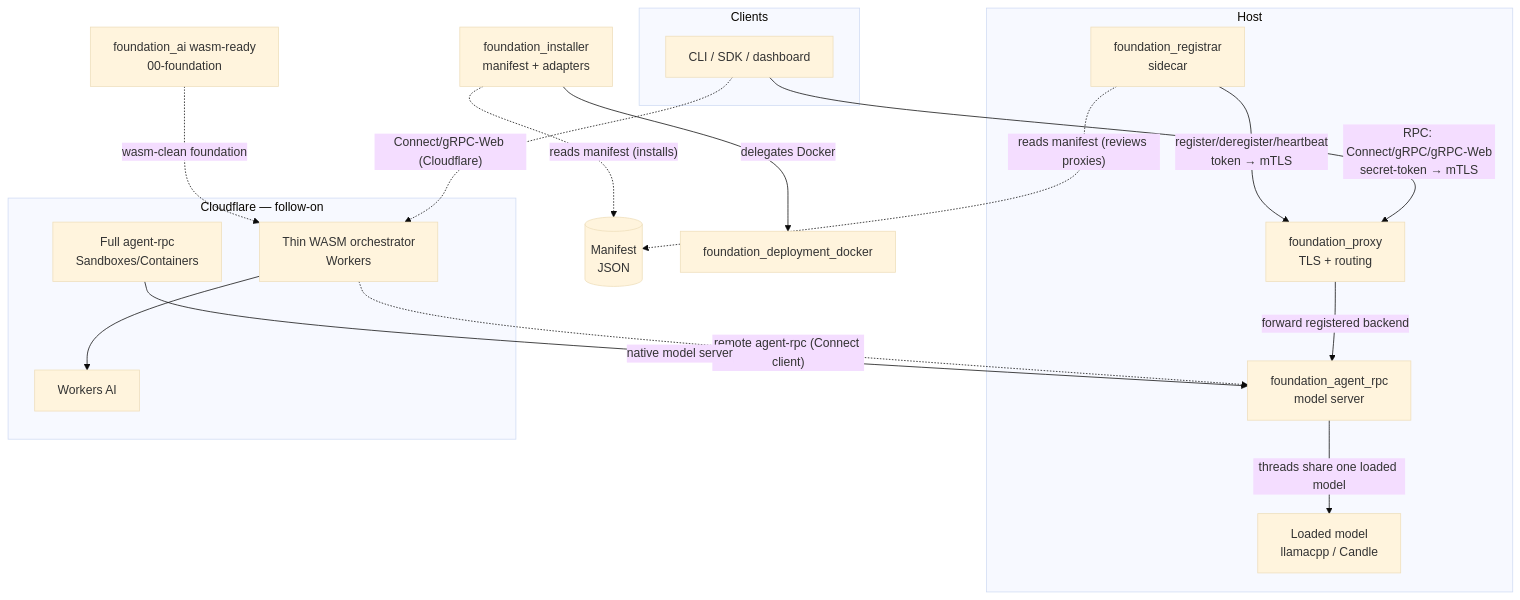
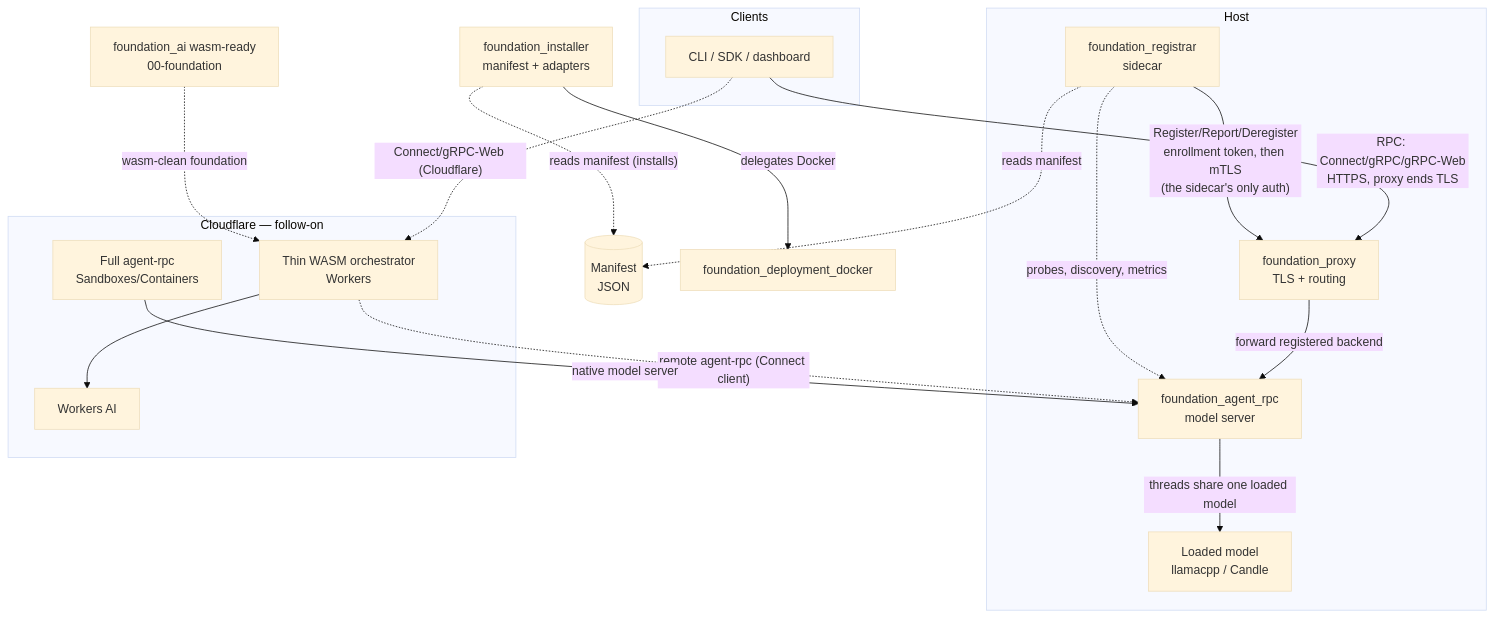
The diagram in specifications/65-agent-rpc-serving-system/requirements.md (ewe-studios/ewe_platform), drawn with Mermaid (base theme) before and after one commit. The commit also changed other lines of this file and 75 other files, not shown here.

First line of the commit message:
Spec 65 feature 01: foundation_agent_rpc, an agent RPC model server (Connect/gRPC/gRPC-Web, token → mTLS) (#126)

````diff
--- a/specifications/65-agent-rpc-serving-system/requirements.md
+++ b/specifications/65-agent-rpc-serving-system/requirements.md
@@ -234,37 +285,38 @@
 ```mermaid
 graph TD
     subgraph Clients
         CLI[CLI / SDK / dashboard]
     end
 
     subgraph Host
         PROXY[foundation_proxy<br/>TLS + routing]
         REG[foundation_registrar<br/>sidecar]
         ARPC[foundation_agent_rpc<br/>model server]
         MODEL[Loaded model<br/>llamacpp / Candle]
     end
 
     subgraph Edge[Cloudflare — follow-on]
         WORCH[Thin WASM orchestrator<br/>Workers]
         SB[Full agent-rpc<br/>Sandboxes/Containers]
         WAI[Workers AI]
     end
 
     INST[foundation_installer<br/>manifest + adapters]
     MANIFEST[(Manifest<br/>JSON)]
     FOUND[foundation_ai wasm-ready<br/>00-foundation]
 
-    CLI -->|"RPC: Connect/gRPC/gRPC-Web<br/>secret-token → mTLS"| PROXY
+    CLI -->|"RPC: Connect/gRPC/gRPC-Web<br/>HTTPS, proxy ends TLS"| PROXY
     PROXY -->|"forward registered backend"| ARPC
     ARPC -->|"threads share one loaded model"| MODEL
-    REG -->|"register/deregister/heartbeat<br/>token → mTLS"| PROXY
-    REG -.->|"reads manifest (reviews proxies)"| MANIFEST
+    REG -->|"Register/Report/Deregister<br/>enrollment token, then mTLS<br/>(the sidecar's only auth)"| PROXY
+    REG -.->|"probes, discovery, metrics"| ARPC
+    REG -.->|"reads manifest"| MANIFEST
     INST -.->|"reads manifest (installs)"| MANIFEST
     INST -->|"delegates Docker"| DOCKER[foundation_deployment_docker]
 
     CLI -.->|"Connect/gRPC-Web (Cloudflare)"| WORCH
     WORCH --> WAI
     WORCH -.->|"remote agent-rpc (Connect client)"| ARPC
     SB -->|"native model server"| ARPC
     FOUND -.->|"wasm-clean foundation"| WORCH
 ```
````
